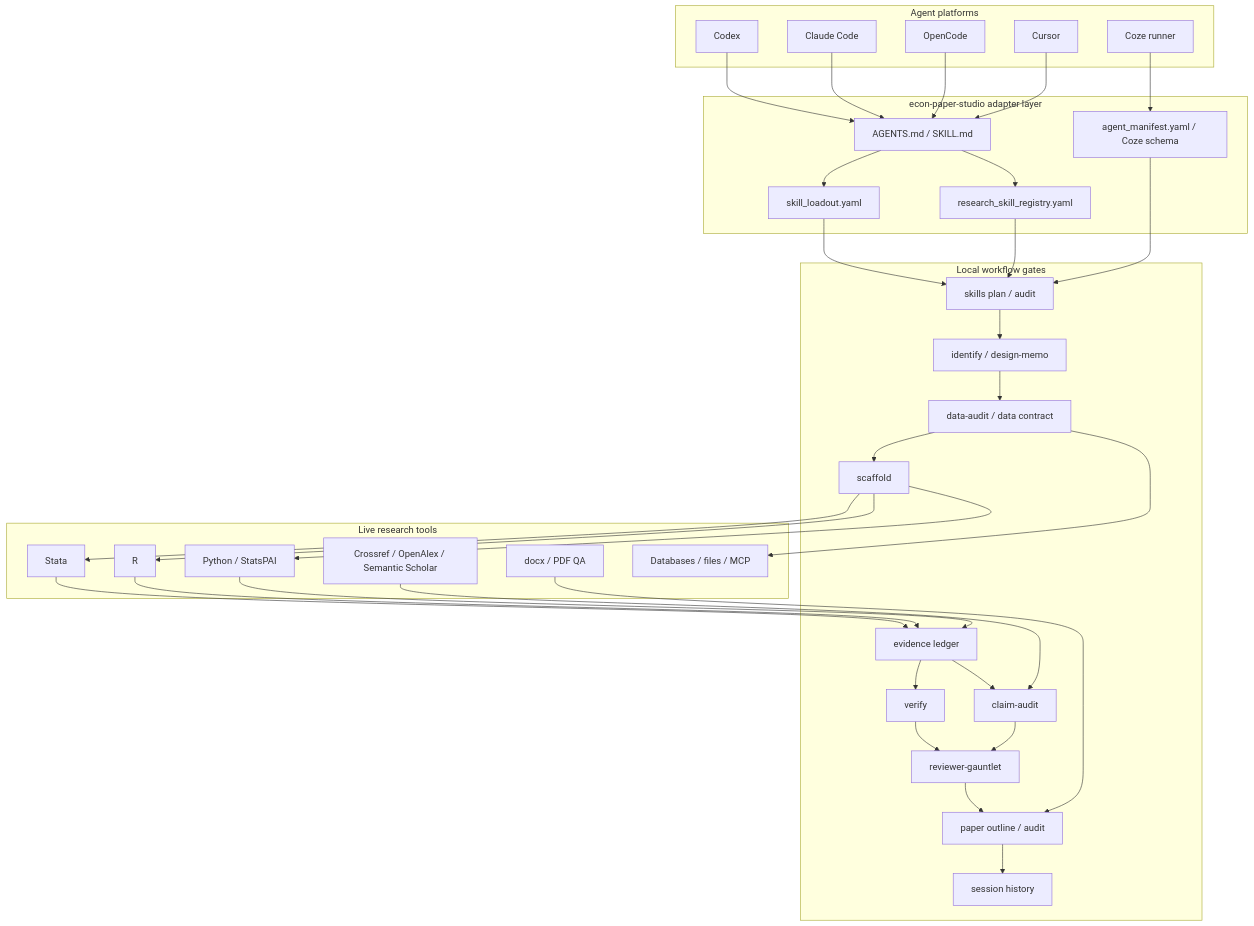
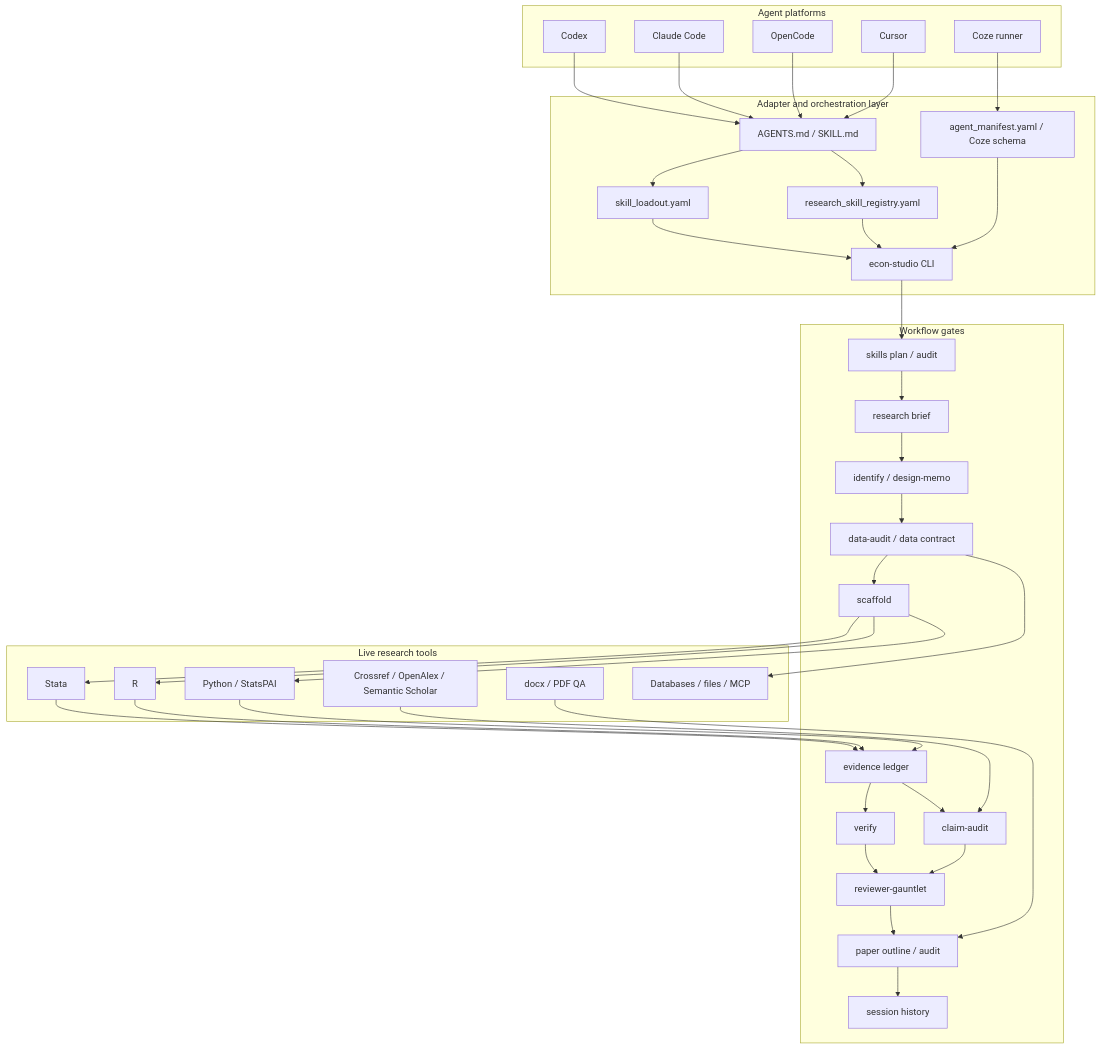
Before and after one commit to gaaiyun/econ-paper-studio: the first of 9 diagrams in docs/DESIGN.md, drawn with Mermaid. The commit also changed other lines of this file and 3 other files, not shown here.

````diff
--- a/docs/DESIGN.md
+++ b/docs/DESIGN.md
@@ -22,70 +35,74 @@
 ```mermaid
 flowchart TB
     subgraph "Agent platforms"
         Codex["Codex"]
         Claude["Claude Code"]
         OpenCode["OpenCode"]
         Cursor["Cursor"]
         Coze["Coze runner"]
     end
 
-    subgraph "econ-paper-studio adapter layer"
+    subgraph "Adapter and orchestration layer"
         AgentDocs["AGENTS.md / SKILL.md"]
         Loadout["skill_loadout.yaml"]
         Registry["research_skill_registry.yaml"]
         Manifest["agent_manifest.yaml / Coze schema"]
+        CLI["econ-studio CLI"]
     end
 
-    subgraph "Local workflow gates"
+    subgraph "Workflow gates"
         Skills["skills plan / audit"]
+        Brief["research brief"]
         Design["identify / design-memo"]
         DataAudit["data-audit / data contract"]
         Scaffold["scaffold"]
         Ledger["evidence ledger"]
         Verify["verify"]
         ClaimAudit["claim-audit"]
         Reviewer["reviewer-gauntlet"]
         Paper["paper outline / audit"]
         Session["session history"]
     end
 
     subgraph "Live research tools"
         Stata["Stata"]
         R["R"]
         Python["Python / StatsPAI"]
         Cite["Crossref / OpenAlex / Semantic Scholar"]
         Docs["docx / PDF QA"]
         Data["Databases / files / MCP"]
     end
 
     Codex --> AgentDocs
     Claude --> AgentDocs
     OpenCode --> AgentDocs
     Cursor --> AgentDocs
     Coze --> Manifest
 
     AgentDocs --> Loadout
     AgentDocs --> Registry
-    Loadout --> Skills
-    Registry --> Skills
-    Manifest --> Skills
+    Manifest --> CLI
+    Loadout --> CLI
+    Registry --> CLI
 
-    Skills --> Design
+    CLI --> Skills
+    Skills --> Brief
+    Brief --> Design
     Design --> DataAudit
     DataAudit --> Scaffold
     Scaffold --> Stata
     Scaffold --> R
     Scaffold --> Python
     DataAudit --> Data
     Stata --> Ledger
     R --> Ledger
     Python --> Ledger
     Ledger --> Verify
     Ledger --> ClaimAudit
     Cite --> ClaimAudit
     ClaimAudit --> Reviewer
     Verify --> Reviewer
     Reviewer --> Paper
     Docs --> Paper
     Paper --> Session
 ```
````
